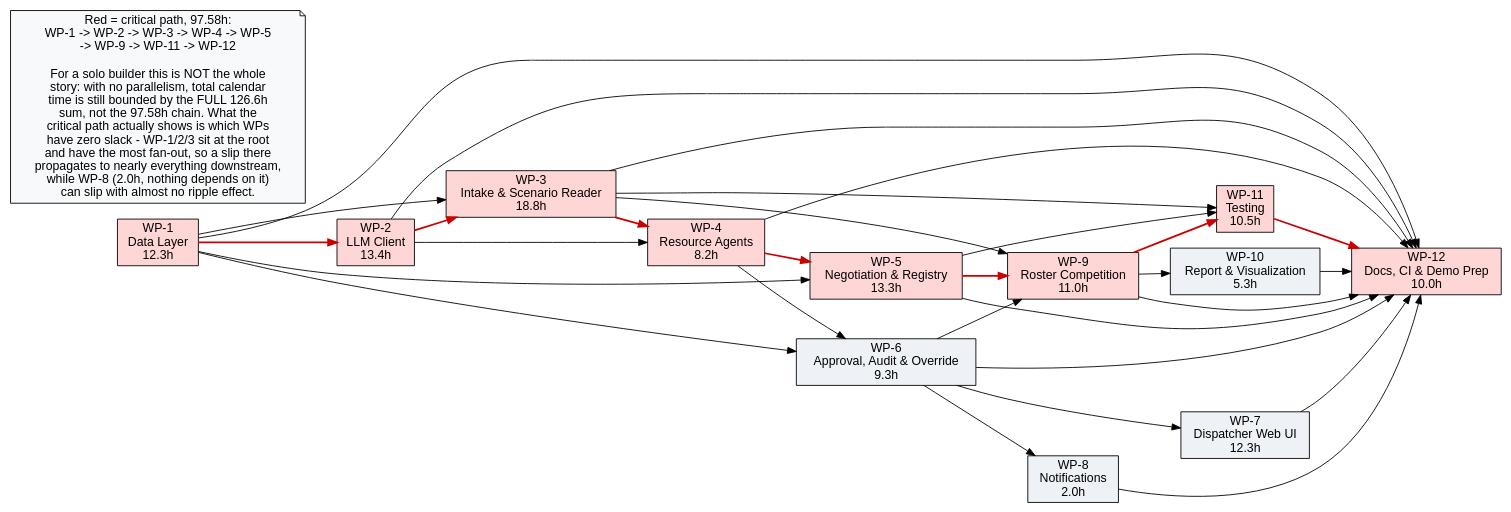
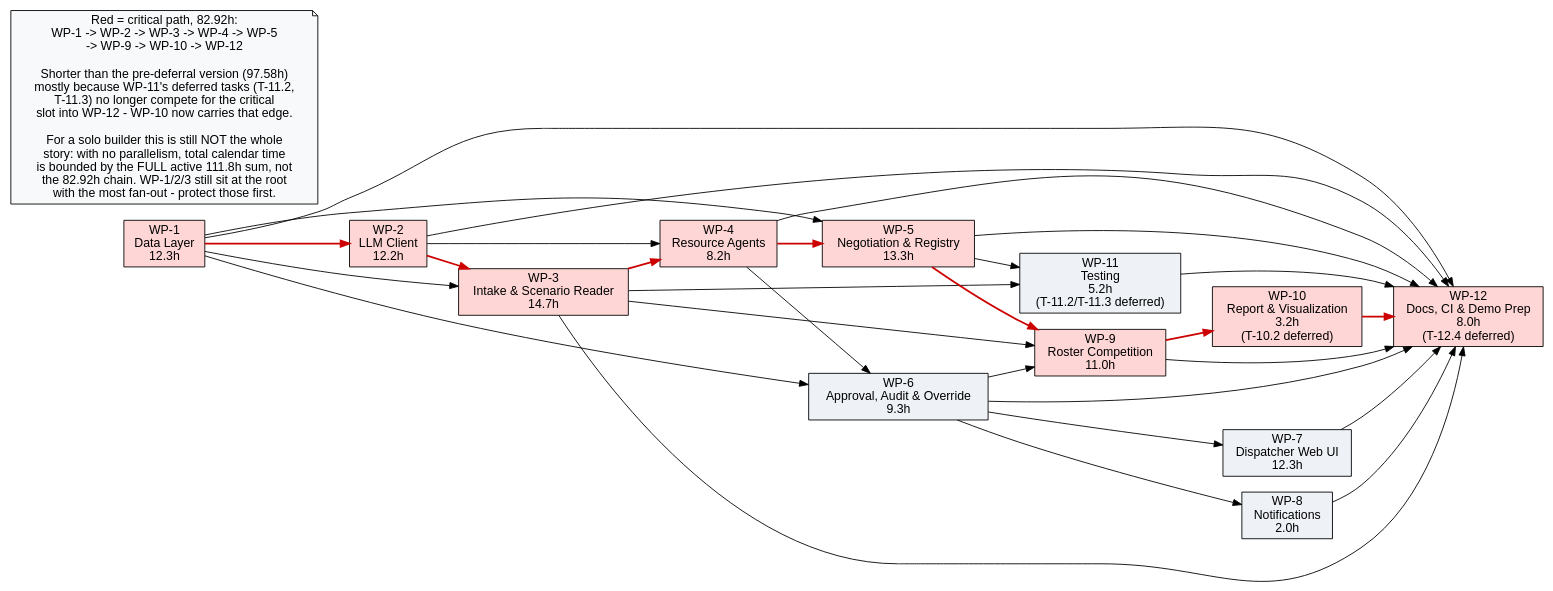
One commit to DranzerZERogue56/disaster-response-coordination changed the diagram in docs/diagrams/wp-dependencies.dot. Above: the diagram before and after it, drawn with Graphviz. The commit also changed 3 other files, not shown here.

```diff
--- a/docs/diagrams/wp-dependencies.dot
+++ b/docs/diagrams/wp-dependencies.dot
@@ -1,47 +1,47 @@
 // Work-package dependency graph (finish-to-start) - Milestone 7 Medium Tier
-// Version: v0.1   Date: 2026-10-07
-// Red = the critical path (longest E-weighted chain, work-package level): 97.58h
+// Version: v0.2   Date: 2026-10-10 - recomputed after the Sec 7 scope decision
+// (6 tasks deferred: T-2.1b, T-3.3, T-10.2, T-12.4, T-11.2, T-11.3)
+// Red = the critical path (longest E-weighted chain, work-package level): 82.92h
 digraph wp_deps {
     rankdir=LR;
     fontname="Helvetica";
     node [fontname="Helvetica", shape=box, style=filled, fillcolor="#eef2f7"];
     edge [fontname="Helvetica", fontsize=10];
 
     "WP-1" [label="WP-1\nData Layer\n12.3h", fillcolor="#ffd6d6"];
-    "WP-2" [label="WP-2\nLLM Client\n13.4h", fillcolor="#ffd6d6"];
-    "WP-3" [label="WP-3\nIntake & Scenario Reader\n18.8h", fillcolor="#ffd6d6"];
+    "WP-2" [label="WP-2\nLLM Client\n12.2h", fillcolor="#ffd6d6"];
+    "WP-3" [label="WP-3\nIntake & Scenario Reader\n14.7h", fillcolor="#ffd6d6"];
     "WP-4" [label="WP-4\nResource Agents\n8.2h", fillcolor="#ffd6d6"];
     "WP-5" [label="WP-5\nNegotiation & Registry\n13.3h", fillcolor="#ffd6d6"];
     "WP-6" [label="WP-6\nApproval, Audit & Override\n9.3h"];
     "WP-7" [label="WP-7\nDispatcher Web UI\n12.3h"];
     "WP-8" [label="WP-8\nNotifications\n2.0h"];
     "WP-9" [label="WP-9\nRoster Competition\n11.0h", fillcolor="#ffd6d6"];
-    "WP-10" [label="WP-10\nReport & Visualization\n5.3h"];
-    "WP-11" [label="WP-11\nTesting\n10.5h", fillcolor="#ffd6d6"];
-    "WP-12" [label="WP-12\nDocs, CI & Demo Prep\n10.0h", fillcolor="#ffd6d6"];
+    "WP-10" [label="WP-10\nReport & Visualization\n3.2h\n(T-10.2 deferred)", fillcolor="#ffd6d6"];
+    "WP-11" [label="WP-11\nTesting\n5.2h\n(T-11.2/T-11.3 deferred)"];
+    "WP-12" [label="WP-12\nDocs, CI & Demo Prep\n8.0h\n(T-12.4 deferred)", fillcolor="#ffd6d6"];
 
     "WP-1" -> "WP-2" [color="#cc0000", penwidth=2];
     "WP-1" -> "WP-3";
     "WP-2" -> "WP-3" [color="#cc0000", penwidth=2];
     "WP-2" -> "WP-4";
     "WP-3" -> "WP-4" [color="#cc0000", penwidth=2];
     "WP-1" -> "WP-5";
     "WP-4" -> "WP-5" [color="#cc0000", penwidth=2];
     "WP-1" -> "WP-6";
     "WP-4" -> "WP-6";
     "WP-6" -> "WP-7";
     "WP-6" -> "WP-8";
     "WP-3" -> "WP-9";
     "WP-5" -> "WP-9" [color="#cc0000", penwidth=2];
     "WP-6" -> "WP-9";
-    "WP-9" -> "WP-10";
+    "WP-9" -> "WP-10" [color="#cc0000", penwidth=2];
     "WP-3" -> "WP-11";
     "WP-5" -> "WP-11";
-    "WP-9" -> "WP-11" [color="#cc0000", penwidth=2];
     "WP-1" -> "WP-12"; "WP-2" -> "WP-12"; "WP-3" -> "WP-12"; "WP-4" -> "WP-12";
     "WP-5" -> "WP-12"; "WP-6" -> "WP-12"; "WP-7" -> "WP-12"; "WP-8" -> "WP-12";
-    "WP-9" -> "WP-12"; "WP-10" -> "WP-12";
-    "WP-11" -> "WP-12" [color="#cc0000", penwidth=2];
+    "WP-9" -> "WP-12"; "WP-10" -> "WP-12" [color="#cc0000", penwidth=2];
+    "WP-11" -> "WP-12";
 
-    note [shape=note, fillcolor="#f8f9fa", label="Red = critical path, 97.58h:\nWP-1 -> WP-2 -> WP-3 -> WP-4 -> WP-5\n-> WP-9 -> WP-11 -> WP-12\n\nFor a solo builder this is NOT the whole\nstory: with no parallelism, total calendar\ntime is still bounded by the FULL 126.6h\nsum, not the 97.58h chain. What the\ncritical path actually shows is which WPs\nhave zero slack - WP-1/2/3 sit at the root\nand have the most fan-out, so a slip there\npropagates to nearly everything downstream,\nwhile WP-8 (2.0h, nothing depends on it)\ncan slip with almost no ripple effect."];
+    note [shape=note, fillcolor="#f8f9fa", label="Red = critical path, 82.92h:\nWP-1 -> WP-2 -> WP-3 -> WP-4 -> WP-5\n-> WP-9 -> WP-10 -> WP-12\n\nShorter than the pre-deferral version (97.58h)\nmostly because WP-11's deferred tasks (T-11.2,\nT-11.3) no longer compete for the critical\nslot into WP-12 - WP-10 now carries that edge.\n\nFor a solo builder this is still NOT the whole\nstory: with no parallelism, total calendar time\nis bounded by the FULL active 111.8h sum, not\nthe 82.92h chain. WP-1/2/3 still sit at the root\nwith the most fan-out - protect those first."];
 }
```
